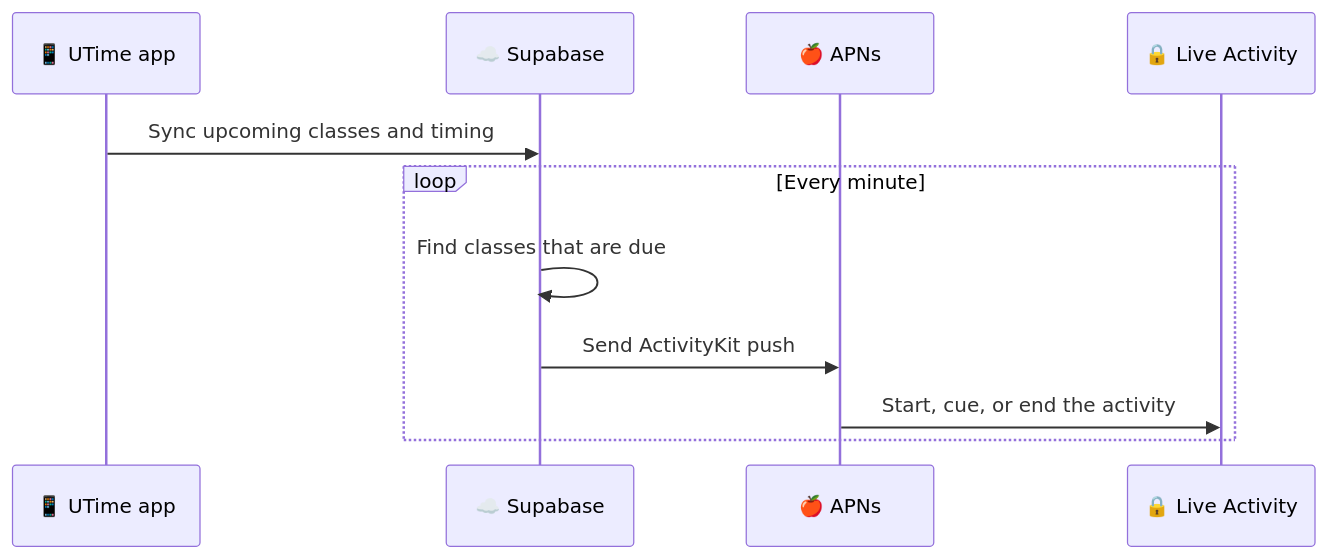
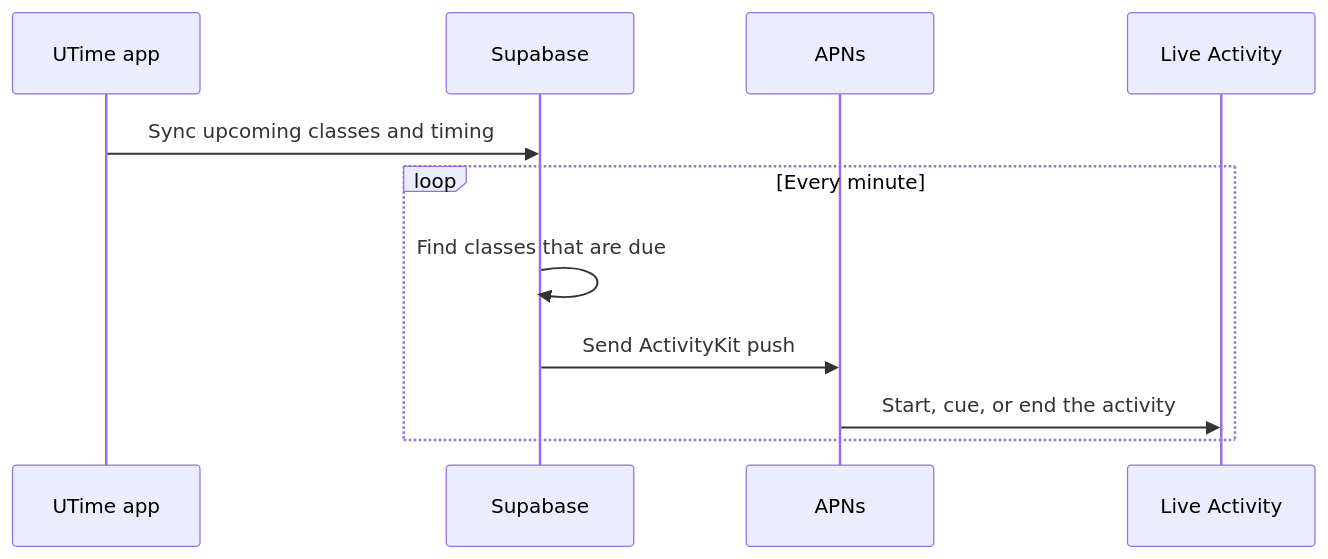
Before and after one commit to mijnap1/UTime: the third of 3 diagrams in README.md, drawn with Mermaid. The commit also changed other lines of this file and 1 other file, not shown here.

````diff
--- a/README.md
+++ b/README.md
@@ -205,13 +204,13 @@
 ```mermaid
 sequenceDiagram
-    participant App as 📱 UTime app
-    participant SB as ☁️ Supabase
-    participant APNs as 🍎 APNs
-    participant LA as 🔒 Live Activity
+    participant App as UTime app
+    participant SB as Supabase
+    participant APNs as APNs
+    participant LA as Live Activity
     App->>SB: Sync upcoming classes and timing
     loop Every minute
         SB->>SB: Find classes that are due
         SB->>APNs: Send ActivityKit push
         APNs->>LA: Start, cue, or end the activity
     end
 ```
````
